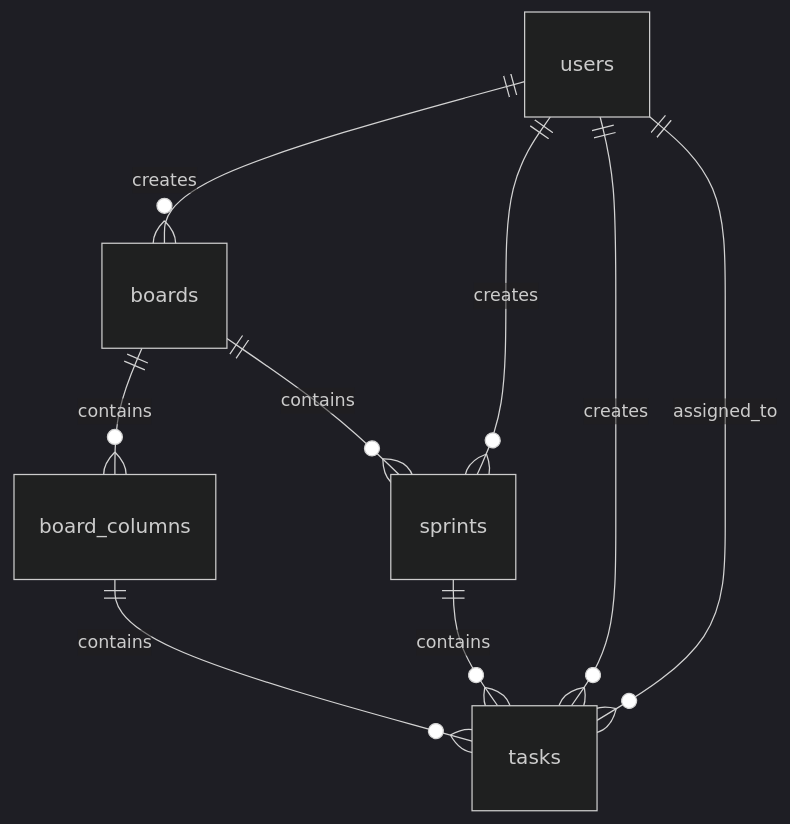
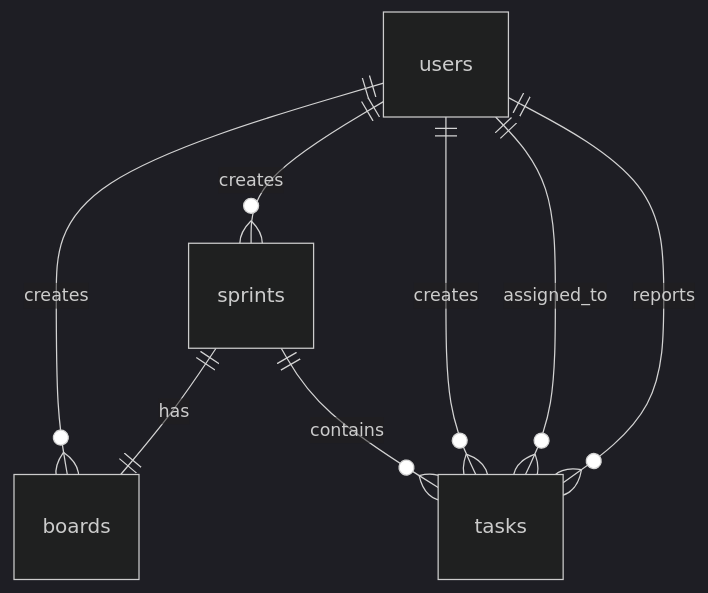
The diagram in doc/design/basic-design/database.md (yorkdick/gira), drawn with Mermaid (dark theme) before and after one commit. The commit also changed other lines of this file and 44 other files, not shown here.

````diff
--- a/doc/design/basic-design/database.md
+++ b/doc/design/basic-design/database.md
@@ -98,11 +78,10 @@
 ```mermaid
 erDiagram
     users ||--o{ boards : creates
     users ||--o{ sprints : creates
     users ||--o{ tasks : creates
     users ||--o{ tasks : assigned_to
-    boards ||--o{ board_columns : contains
-    boards ||--o{ sprints : contains
-    board_columns ||--o{ tasks : contains
+    users ||--o{ tasks : reports
+    sprints ||--|| boards : has
     sprints ||--o{ tasks : contains
 ```
````
